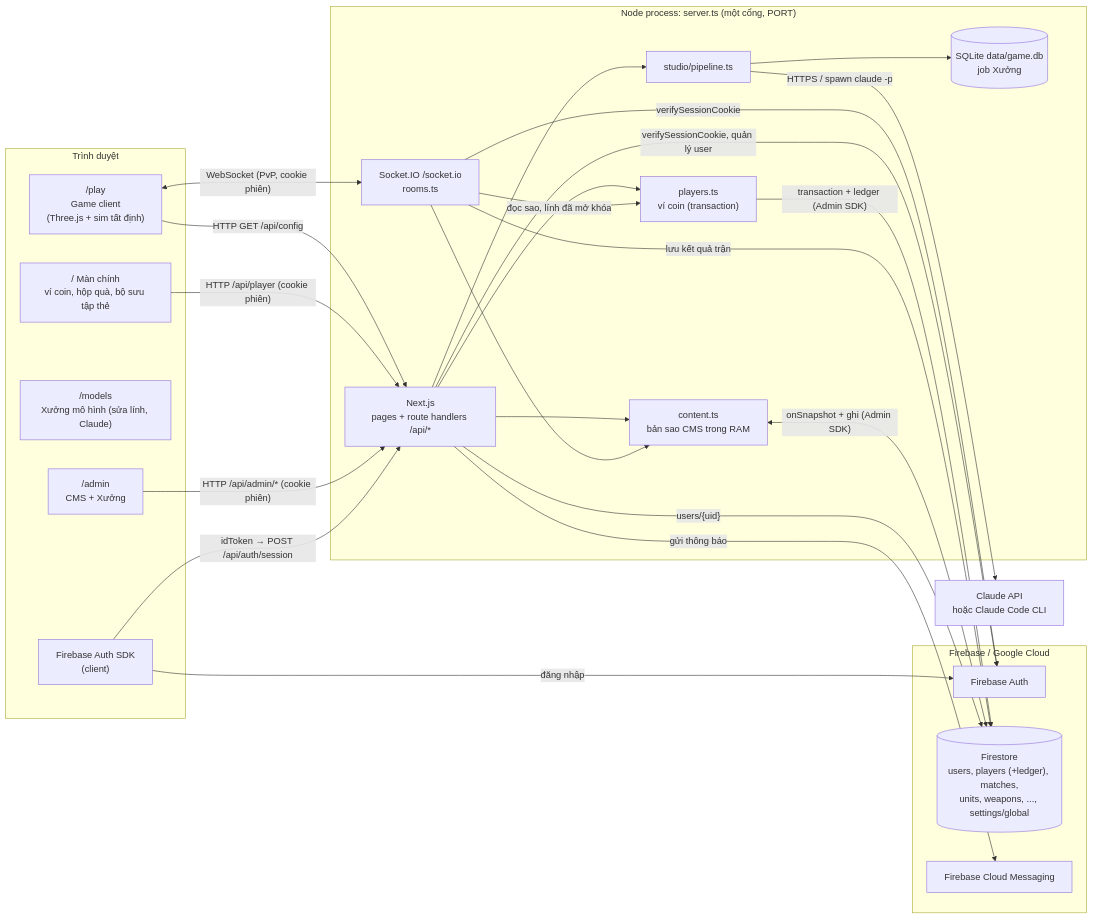
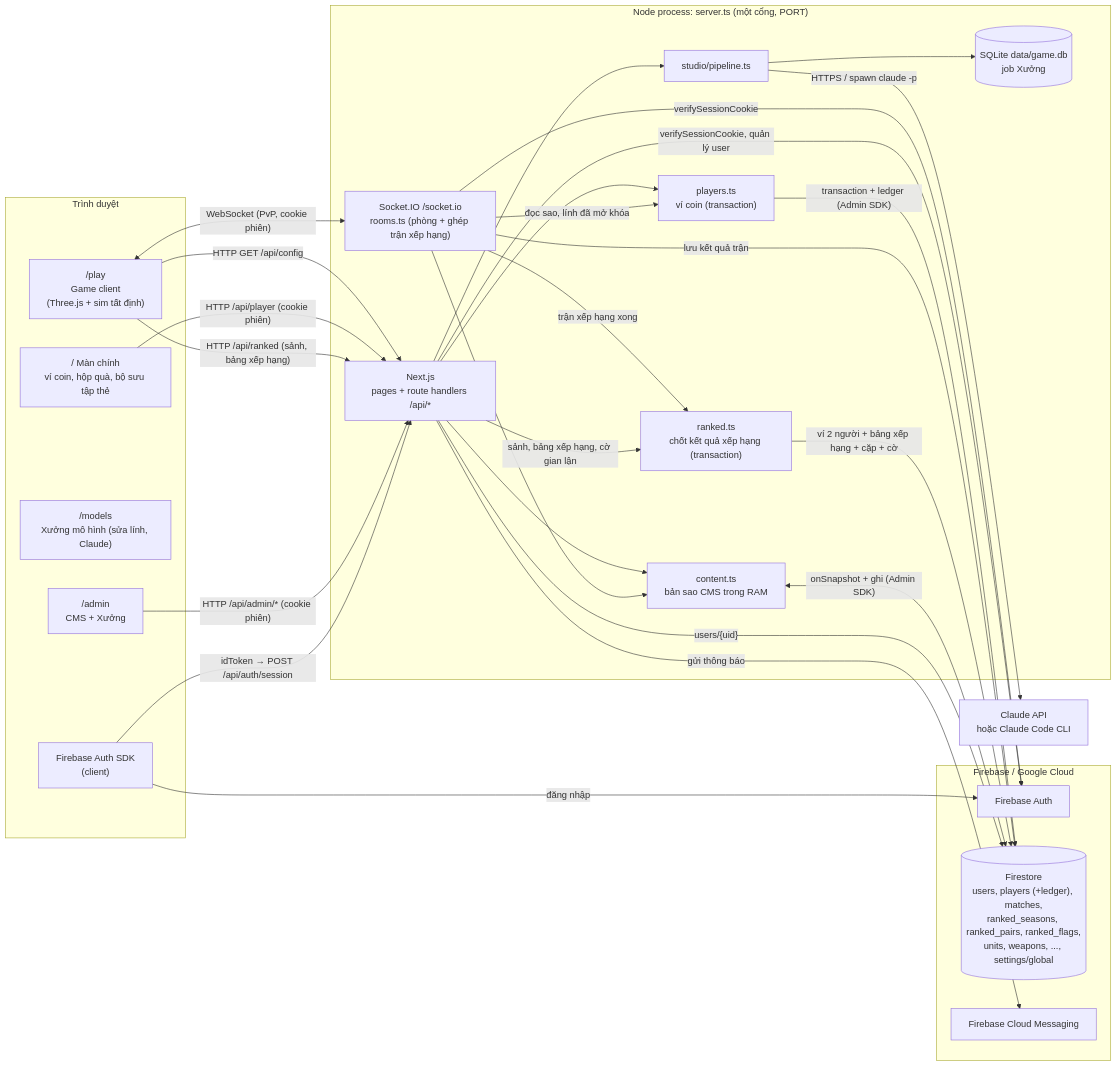
The first of 13 diagrams in docs/ARCHITECTURE.md (lualua0909/simulator-battle-webgame), drawn with Mermaid before and after one commit. The commit also changed other lines of this file and 24 other files, not shown here.

````diff
--- a/docs/ARCHITECTURE.md
+++ b/docs/ARCHITECTURE.md
@@ -21,49 +22,54 @@
 ```mermaid
 flowchart LR
   subgraph Browser["Trình duyệt"]
     Home["/ Màn chính<br/>ví coin, hộp quà, bộ sưu tập thẻ"]
     Game["/play<br/>Game client<br/>(Three.js + sim tất định)"]
     Models["/models<br/>Xưởng mô hình (sửa lính, Claude)"]
     CMS["/admin<br/>CMS + Xưởng"]
     FBClient["Firebase Auth SDK<br/>(client)"]
   end
 
   subgraph Node["Node process: server.ts (một cổng, PORT)"]
     Next["Next.js<br/>pages + route handlers /api/*"]
-    IO["Socket.IO /socket.io<br/>rooms.ts"]
+    IO["Socket.IO /socket.io<br/>rooms.ts (phòng + ghép trận xếp hạng)"]
+    Ranked["ranked.ts<br/>chốt kết quả xếp hạng (transaction)"]
     Content["content.ts<br/>bản sao CMS trong RAM"]
     Players["players.ts<br/>ví coin (transaction)"]
     Studio["studio/pipeline.ts"]
     SQLite[("SQLite data/game.db<br/>job Xưởng")]
   end
 
   subgraph Google["Firebase / Google Cloud"]
     FAuth["Firebase Auth"]
-    FS[("Firestore<br/>users, players (+ledger), matches,<br/>units, weapons, ..., settings/global")]
+    FS[("Firestore<br/>users, players (+ledger), matches,<br/>ranked_seasons, ranked_pairs, ranked_flags,<br/>units, weapons, ..., settings/global")]
     FCM["Firebase Cloud Messaging"]
   end
 
   Claude["Claude API<br/>hoặc Claude Code CLI"]
 
   Game -- "HTTP GET /api/config" --> Next
   Home -- "HTTP /api/player (cookie phiên)" --> Next
+  Game -- "HTTP /api/ranked (sảnh, bảng xếp hạng)" --> Next
   Game <-- "WebSocket (PvP, cookie phiên)" --> IO
   CMS -- "HTTP /api/admin/* (cookie phiên)" --> Next
   FBClient -- "đăng nhập" --> FAuth
   FBClient -- "idToken → POST /api/auth/session" --> Next
 
   Next --> Content
   IO --> Content
   Next --> Players
   IO -- "đọc sao, lính đã mở khóa" --> Players
   Players -- "transaction + ledger (Admin SDK)" --> FS
   IO -- "verifySessionCookie" --> FAuth
   IO -- "lưu kết quả trận" --> FS
+  IO -- "trận xếp hạng xong" --> Ranked
+  Next -- "sảnh, bảng xếp hạng, cờ gian lận" --> Ranked
+  Ranked -- "ví 2 người + bảng xếp hạng + cặp + cờ" --> FS
   Content <-- "onSnapshot + ghi (Admin SDK)" --> FS
   Next -- "verifySessionCookie, quản lý user" --> FAuth
   Next -- "users/{uid}" --> FS
   Next -- "gửi thông báo" --> FCM
   Next --> Studio
   Studio --> SQLite
   Studio -- "HTTPS / spawn claude -p" --> Claude
 ```
````
